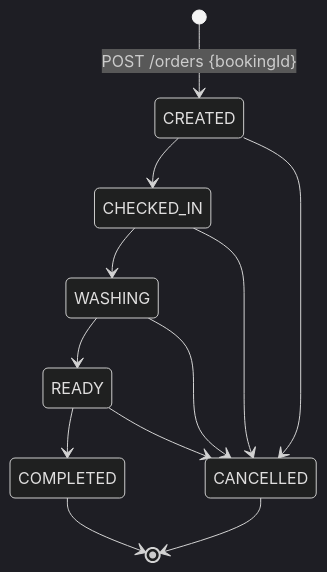
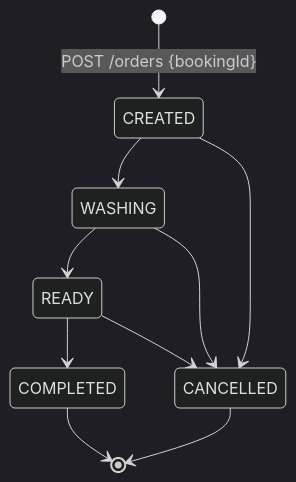
Before and after one commit to vjth8129/car-wash-mobile-apis: the second of 2 diagrams in docs/api.md, drawn with Mermaid (dark theme). The commit also changed other lines of this file and 57 other files, not shown here.

````diff
--- a/docs/api.md
+++ b/docs/api.md
@@ -82,14 +82,12 @@
 ```mermaid
 stateDiagram-v2
     [*] --> CREATED: POST /orders {bookingId}
-    CREATED --> CHECKED_IN
-    CHECKED_IN --> WASHING
+    CREATED --> WASHING
     WASHING --> READY
     READY --> COMPLETED
     CREATED --> CANCELLED
-    CHECKED_IN --> CANCELLED
     WASHING --> CANCELLED
     READY --> CANCELLED
     COMPLETED --> [*]
     CANCELLED --> [*]
 ```
````
